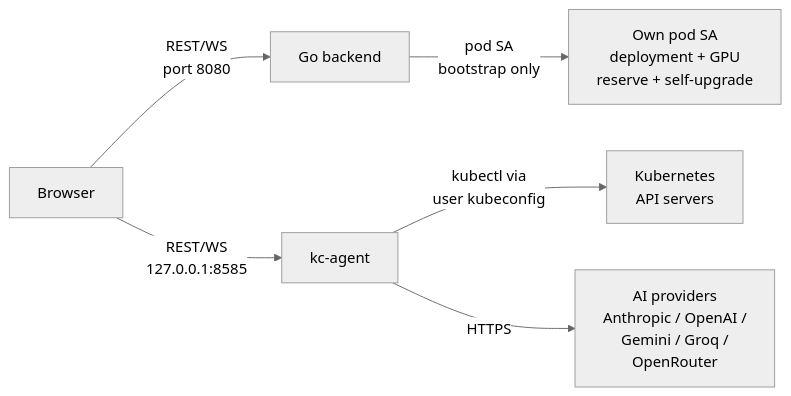
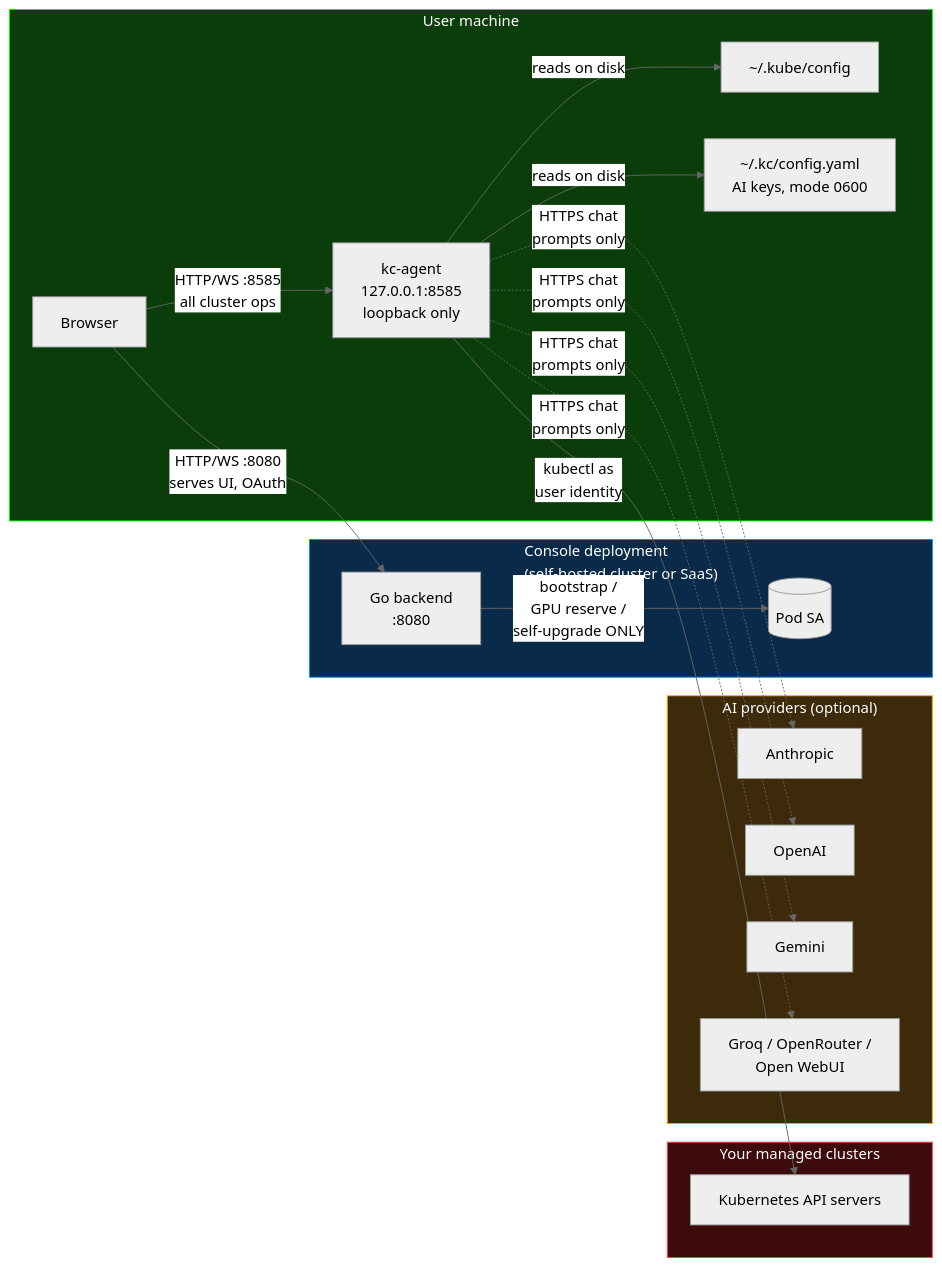
One commit to ghanshyam2005singh/console changed the first of 4 diagrams in docs/security/SECURITY-MODEL.md. Above: the diagram before and after it, drawn with Mermaid (neutral theme). The commit also changed other lines of this file, not shown here.

First line of the commit message:
📝 docs(security): add mermaid diagrams to SECURITY-MODEL.md (#8206)

````diff
--- a/docs/security/SECURITY-MODEL.md
+++ b/docs/security/SECURITY-MODEL.md
@@ -54,8 +19,45 @@
 ```mermaid
 flowchart LR
-    B[Browser] -->|REST/WS<br/>port 8080| GB[Go backend]
-    B -->|REST/WS<br/>127.0.0.1:8585| KA[kc-agent]
-    KA -->|kubectl via<br/>user kubeconfig| K8S[Kubernetes<br/>API servers]
-    KA -->|HTTPS| AI[AI providers<br/>Anthropic / OpenAI /<br/>Gemini / Groq /<br/>OpenRouter]
-    GB -->|pod SA<br/>bootstrap only| GSA[Own pod SA<br/>deployment + GPU<br/>reserve + self-upgrade]
+    subgraph User["User machine"]
+        B[Browser]
+        KA[kc-agent<br/>127.0.0.1:8585<br/>loopback only]
+        KC[~/.kube/config]
+        CFG[~/.kc/config.yaml<br/>AI keys, mode 0600]
+    end
+
+    subgraph Console["Console deployment<br/>(self-hosted cluster or SaaS)"]
+        GB[Go backend<br/>:8080]
+        POD[(Pod SA)]
+    end
+
+    subgraph Clusters["Your managed clusters"]
+        K8S[Kubernetes API servers]
+    end
+
+    subgraph AI["AI providers (optional)"]
+        ANTH[Anthropic]
+        OAI[OpenAI]
+        GEM[Gemini]
+        GRQ[Groq / OpenRouter /<br/>Open WebUI]
+    end
+
+    B -->|HTTP/WS :8080<br/>serves UI, OAuth| GB
+    B -->|HTTP/WS :8585<br/>all cluster ops| KA
+    KA -->|reads on disk| KC
+    KA -->|reads on disk| CFG
+    KA -->|kubectl as<br/>user identity| K8S
+    KA -.->|HTTPS chat<br/>prompts only| ANTH
+    KA -.->|HTTPS chat<br/>prompts only| OAI
+    KA -.->|HTTPS chat<br/>prompts only| GEM
+    KA -.->|HTTPS chat<br/>prompts only| GRQ
+    GB -->|bootstrap /<br/>GPU reserve /<br/>self-upgrade ONLY| POD
+
+    classDef userbox fill:#0b3d0b,stroke:#0f0,color:#fff
+    classDef consolebox fill:#0a2a4a,stroke:#08f,color:#fff
+    classDef clusterbox fill:#3d0b0b,stroke:#f44,color:#fff
+    classDef aibox fill:#3d2a0b,stroke:#fa0,color:#fff
+    class User userbox
+    class Console consolebox
+    class Clusters clusterbox
+    class AI aibox
 ```
````
